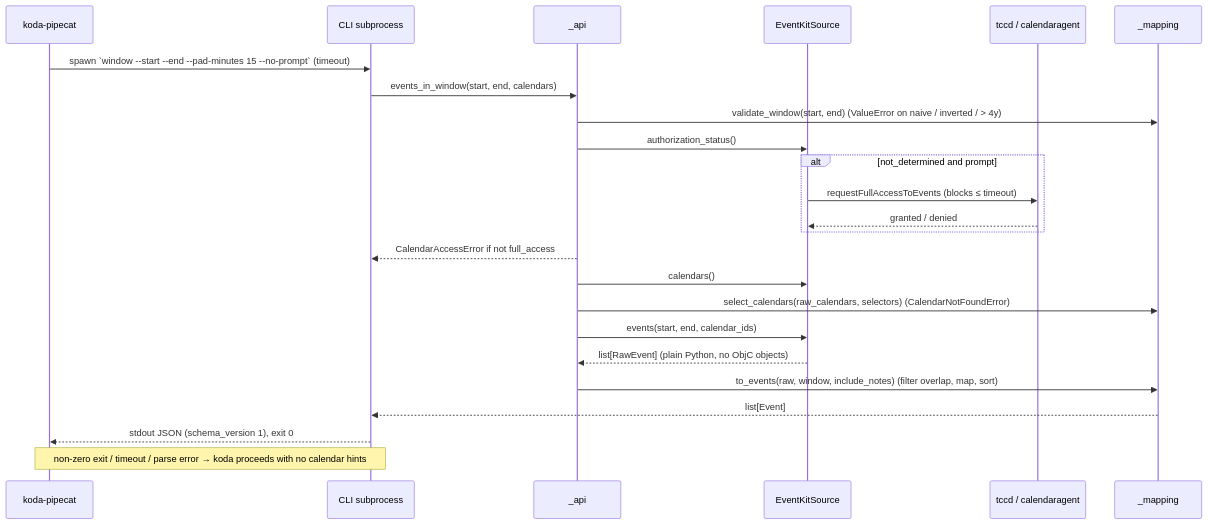
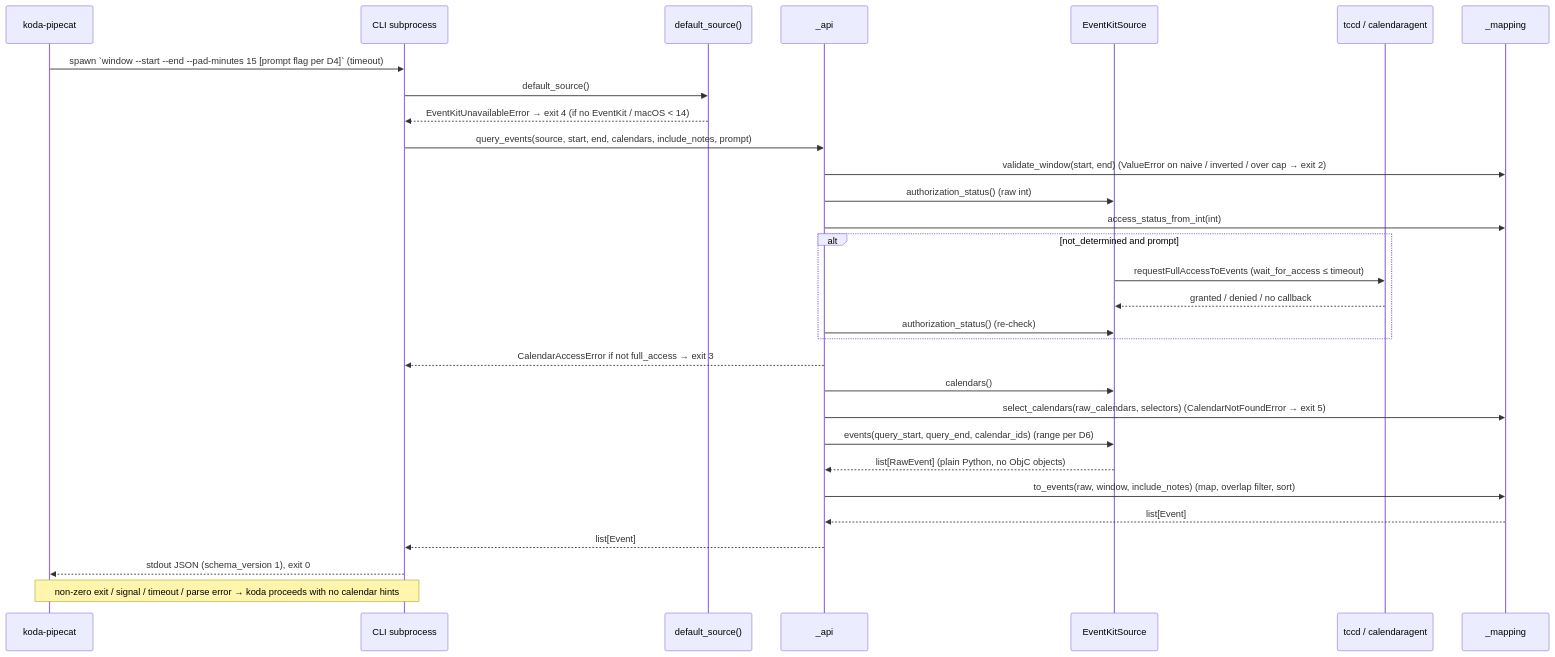
The second of 2 diagrams in docs/dev_plans/20261119-feature-macos-calendar-events-core.md (vr000m/macos-calendar-events), drawn with Mermaid before and after one commit. The commit also changed other lines of this file, not shown here.

````diff
--- a/docs/dev_plans/20261119-feature-macos-calendar-events-core.md
+++ b/docs/dev_plans/20261119-feature-macos-calendar-events-core.md
@@ -94,26 +170,32 @@
 ```mermaid
 sequenceDiagram
     participant K as koda-pipecat
     participant C as CLI subprocess
+    participant D as default_source()
     participant A as _api
     participant S as EventKitSource
     participant T as tccd / calendaragent
     participant M as _mapping
-    K->>C: spawn `window --start --end --pad-minutes 15 --no-prompt` (timeout)
-    C->>A: events_in_window(start, end, calendars)
-    A->>M: validate_window(start, end)  (ValueError on naive / inverted / > 4y)
-    A->>S: authorization_status()
+    K->>C: spawn `window --start --end --pad-minutes 15 [prompt flag per D4]` (timeout)
+    C->>D: default_source()
+    D-->>C: EventKitUnavailableError → exit 4 (if no EventKit / macOS < 14)
+    C->>A: query_events(source, start, end, calendars, include_notes, prompt)
+    A->>M: validate_window(start, end)  (ValueError on naive / inverted / over cap → exit 2)
+    A->>S: authorization_status() (raw int)
+    A->>M: access_status_from_int(int)
     alt not_determined and prompt
-        S->>T: requestFullAccessToEvents (blocks ≤ timeout)
-        T-->>S: granted / denied
+        S->>T: requestFullAccessToEvents (wait_for_access ≤ timeout)
+        T-->>S: granted / denied / no callback
+        A->>S: authorization_status() (re-check)
     end
-    A-->>C: CalendarAccessError if not full_access
+    A-->>C: CalendarAccessError if not full_access → exit 3
     A->>S: calendars()
-    A->>M: select_calendars(raw_calendars, selectors)  (CalendarNotFoundError)
-    A->>S: events(start, end, calendar_ids)
+    A->>M: select_calendars(raw_calendars, selectors)  (CalendarNotFoundError → exit 5)
+    A->>S: events(query_start, query_end, calendar_ids)  (range per D6)
     S-->>A: list[RawEvent]  (plain Python, no ObjC objects)
-    A->>M: to_events(raw, window, include_notes)  (filter overlap, map, sort)
-    M-->>C: list[Event]
+    A->>M: to_events(raw, window, include_notes)  (map, overlap filter, sort)
+    M-->>A: list[Event]
+    A-->>C: list[Event]
     C-->>K: stdout JSON (schema_version 1), exit 0
-    Note over K,C: non-zero exit / timeout / parse error → koda proceeds with no calendar hints
+    Note over K,C: non-zero exit / signal / timeout / parse error → koda proceeds with no calendar hints
 ```
````
